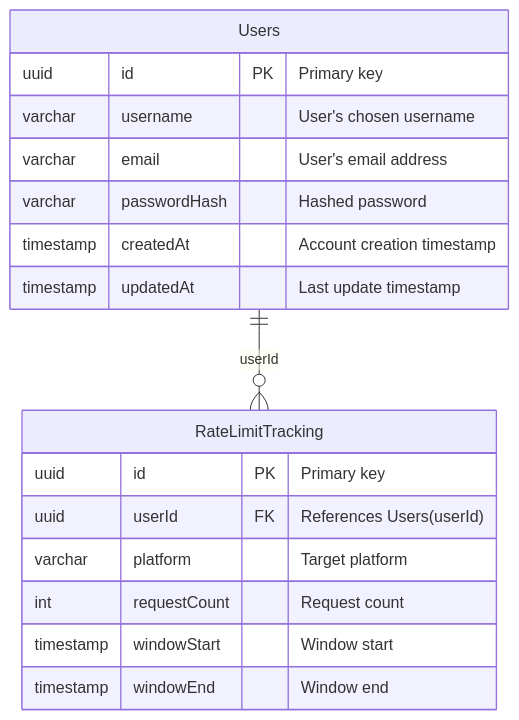
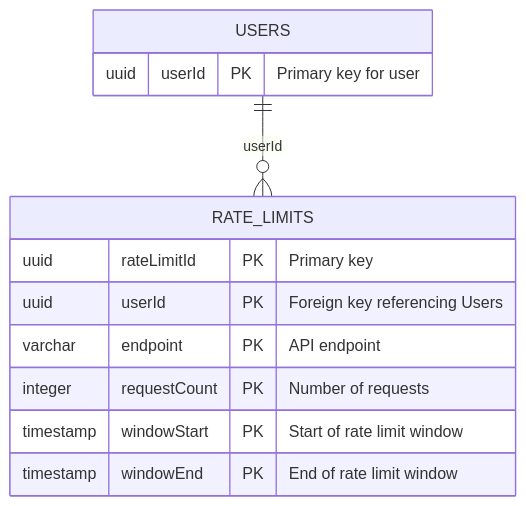
The third of 3 diagrams in sources/output/business-analysis/ba.md (hainguyen81/enterprise-it-ai), drawn with Mermaid before and after one commit. The commit also changed other lines of this file and 4 other files, not shown here.

````diff
--- a/sources/output/business-analysis/ba.md
+++ b/sources/output/business-analysis/ba.md
@@ -185,20 +169,15 @@
-    ```mermaid
-    erDiagram
-        Users ||--o{ RateLimitTracking : "userId"
-        Users {
-          uuid id PK "Primary key"
-          varchar username "User's chosen username"
-          varchar email "User's email address"
-          varchar passwordHash "Hashed password"
-          timestamp createdAt "Account creation timestamp"
-          timestamp updatedAt "Last update timestamp"
-        }
-        RateLimitTracking {
-          uuid id PK "Primary key"
-          uuid userId FK "References Users(userId)"
-          varchar platform "Target platform"
-          int requestCount "Request count"
-          timestamp windowStart "Window start"
-          timestamp windowEnd "Window end"
-        }
-    ```
+```mermaid
+erDiagram
+    USERS {
+        uuid userId PK "Primary key for user"
+    }
+    RATE_LIMITS {
+        uuid rateLimitId PK "Primary key"
+        uuid userId PK "Foreign key referencing Users"
+        varchar endpoint PK "API endpoint"
+        integer requestCount PK "Number of requests"
+        timestamp windowStart PK "Start of rate limit window"
+        timestamp windowEnd PK "End of rate limit window"
+    }
+    USERS ||--o{ RATE_LIMITS : "userId"
+```
````
